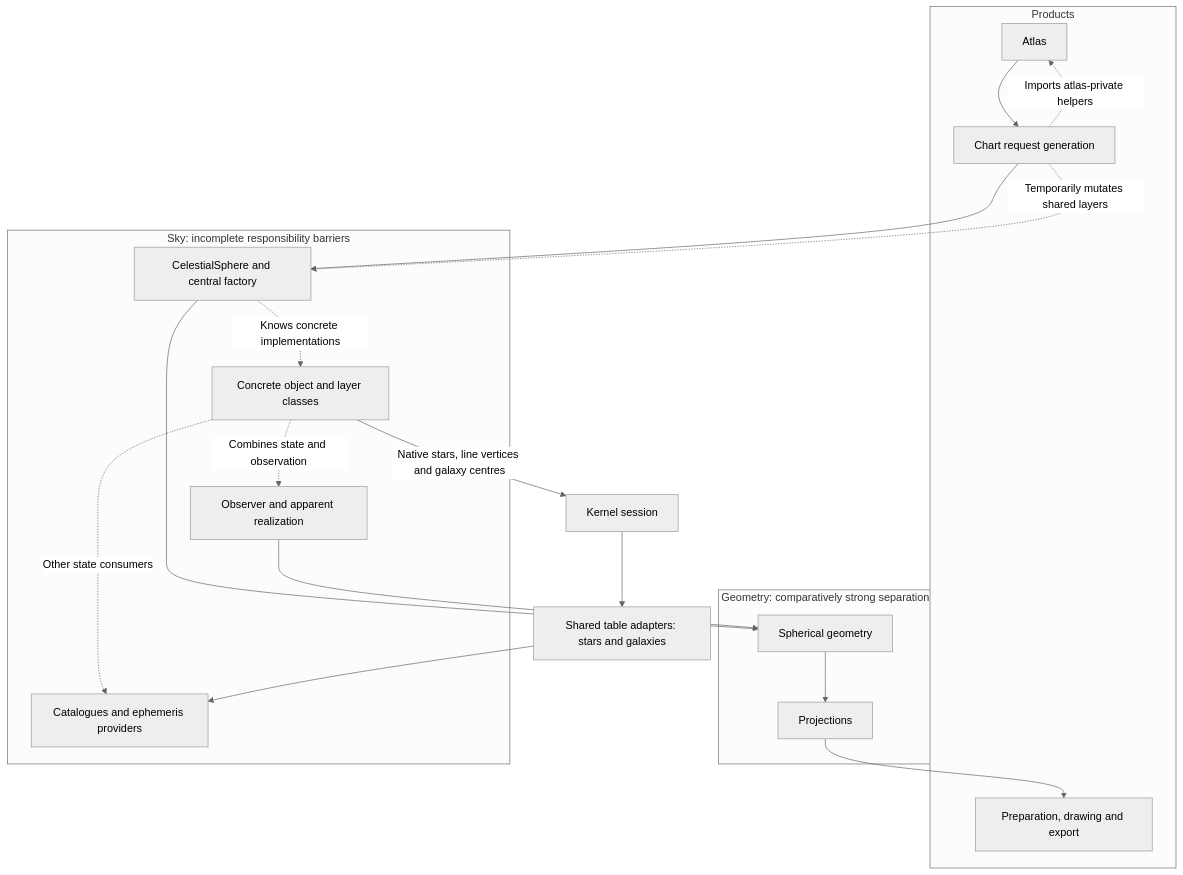
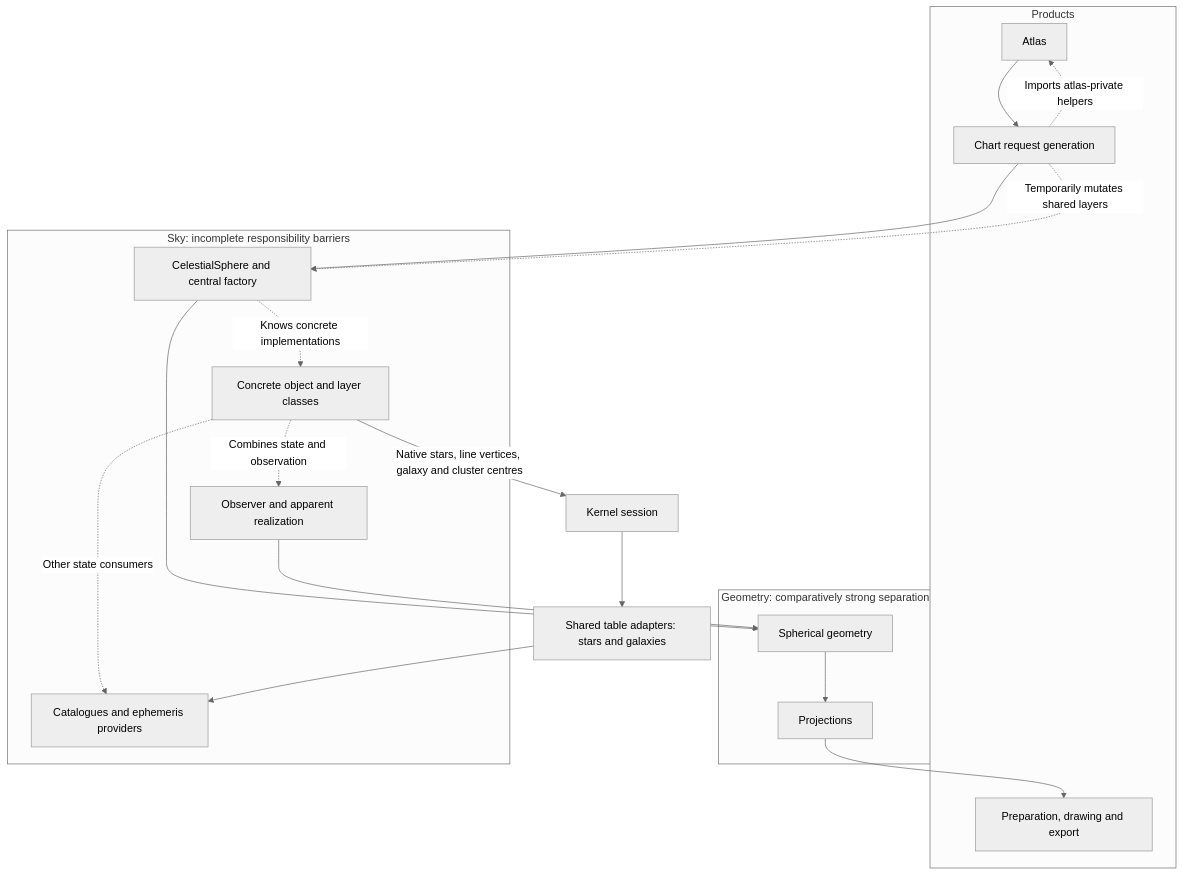
Before and after one commit to fselman/wenu: the first of 2 diagrams in docs/developer/kernel_roadmap_v0.9.5.md, drawn with Mermaid (neutral theme). The commit also changed other lines of this file and 19 other files, not shown here.

First line of the commit message:
Route open-cluster centres through source-bound kernel lookup

````diff
--- a/docs/developer/kernel_roadmap_v0.9.5.md
+++ b/docs/developer/kernel_roadmap_v0.9.5.md
@@ -123,32 +127,32 @@
 ```mermaid
 flowchart TB
     subgraph Products["Products"]
         A["Atlas"]
         C["Chart request generation"]
         R["Preparation, drawing and export"]
     end
     subgraph Geometry["Geometry: comparatively strong separation"]
         P["Projections"]
         G["Spherical geometry"]
     end
     subgraph Sky["Sky: incomplete responsibility barriers"]
         S["CelestialSphere and central factory"]
         L["Concrete object and layer classes"]
         O["Observer and apparent realization"]
         D["Catalogues and ephemeris providers"]
     end
     A --> C
     C -. "Imports atlas-private helpers" .-> A
     C --> S
     S --> G
     G --> P
     P --> R
     S -. "Knows concrete implementations" .-> L
     C -. "Temporarily mutates shared layers" .-> S
     L -. "Other state consumers" .-> D
-    L -->|"Native stars, line vertices and galaxy centres"| K["Kernel session"]
+    L -->|"Native stars, line vertices, galaxy and cluster centres"| K["Kernel session"]
     K --> N["Shared table adapters: stars and galaxies"]
     N --> D
     L -. "Combines state and observation" .-> O
     O --> G
 ```
````
